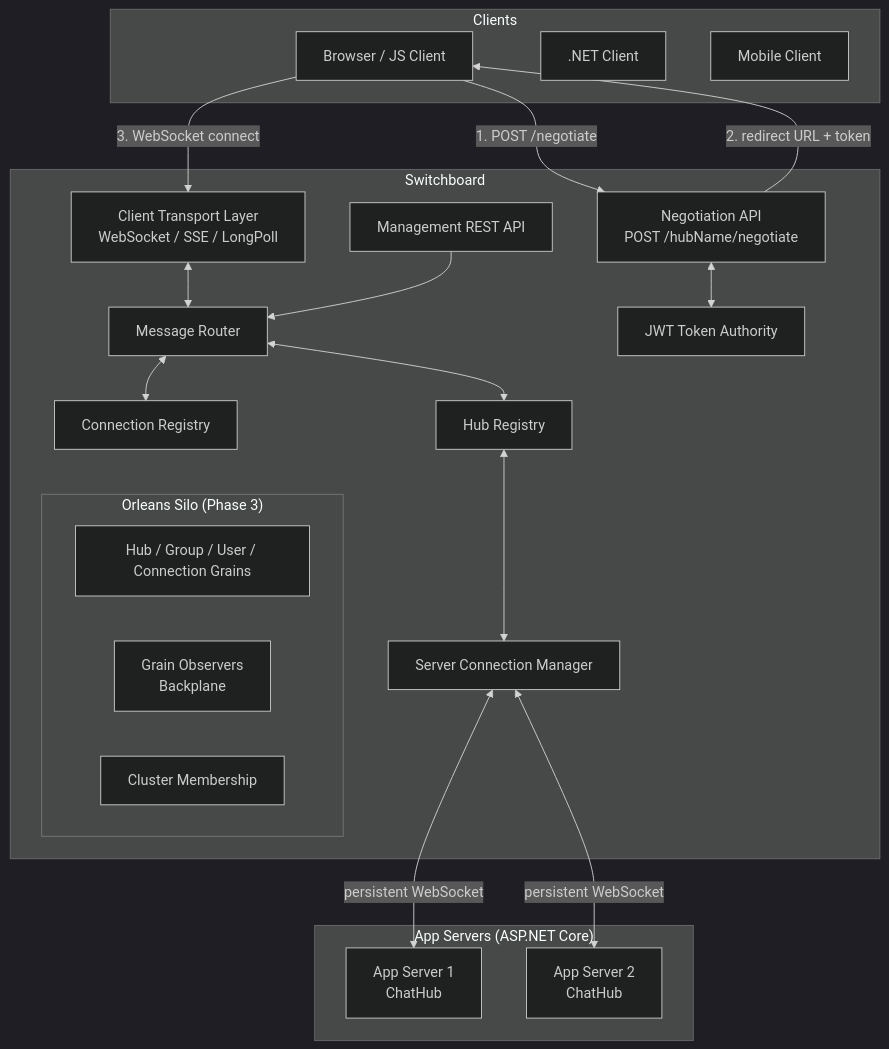
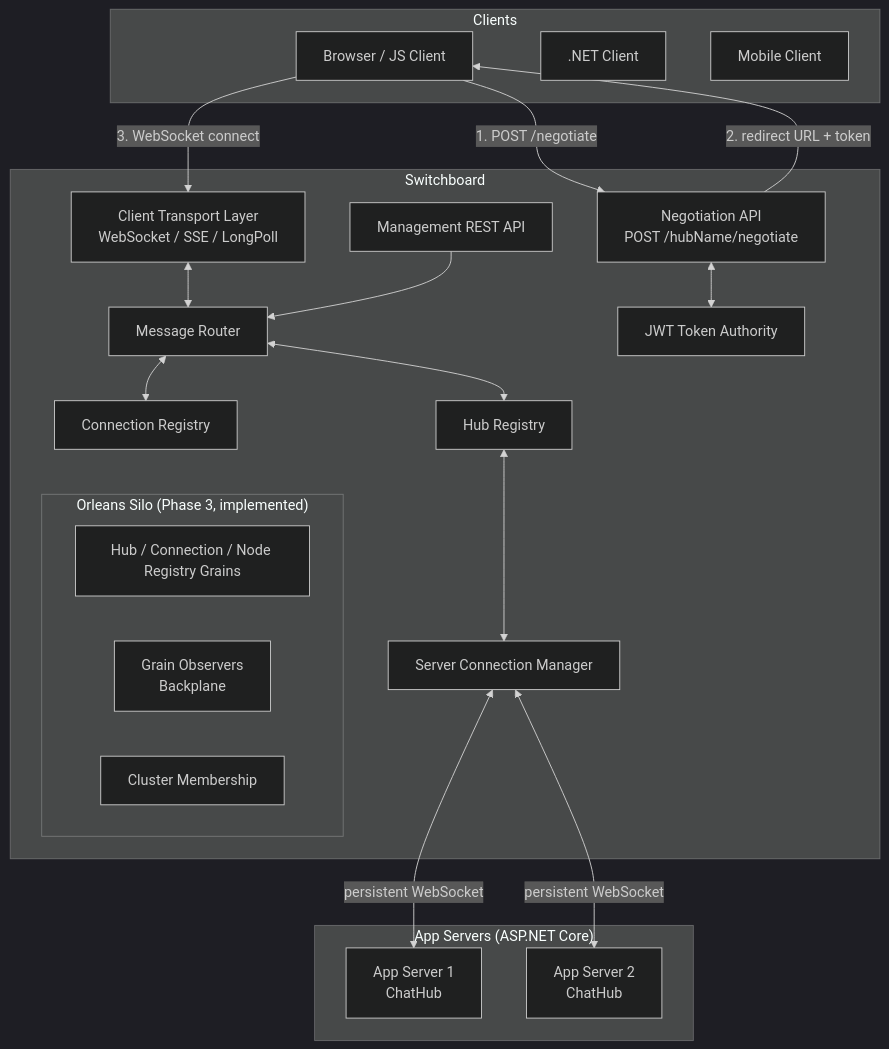
The first of 5 diagrams in docs/docs/02-architecture.md (keryhe/switchboard), drawn with Mermaid (dark theme) before and after one commit. The commit also changed other lines of this file and 115 other files, not shown here.

````diff
--- a/docs/docs/02-architecture.md
+++ b/docs/docs/02-architecture.md
@@ -7,41 +7,41 @@
 ```mermaid
 graph TB
     subgraph Clients
         C1[Browser / JS Client]
         C2[.NET Client]
         C3[Mobile Client]
     end
 
     subgraph Switchboard["Switchboard"]
         NEG[Negotiation API<br/>POST /hubName/negotiate]
         CT[Client Transport Layer<br/>WebSocket / SSE / LongPoll]
         MR[Message Router]
         CR[Connection Registry]
         HR[Hub Registry]
         SC[Server Connection Manager]
         JWT[JWT Token Authority]
         MGMT[Management REST API]
-        subgraph Orleans["Orleans Silo (Phase 3)"]
-            OG[Hub / Group / User / Connection Grains]
+        subgraph Orleans["Orleans Silo (Phase 3, implemented)"]
+            OG[Hub / Connection / Node Registry Grains]
             OS[Grain Observers<br/>Backplane]
             OM[Cluster Membership]
         end
     end
 
     subgraph AppServers["App Servers (ASP.NET Core)"]
         AS1[App Server 1<br/>ChatHub]
         AS2[App Server 2<br/>ChatHub]
     end
 
     C1 -->|1. POST /negotiate| NEG
     NEG -->|2. redirect URL + token| C1
     C1 -->|3. WebSocket connect| CT
     CT <--> MR
     MR <--> CR
     MR <--> HR
     HR <--> SC
     SC <-->|persistent WebSocket| AS1
     SC <-->|persistent WebSocket| AS2
     NEG <--> JWT
     MGMT --> MR
 ```
````
